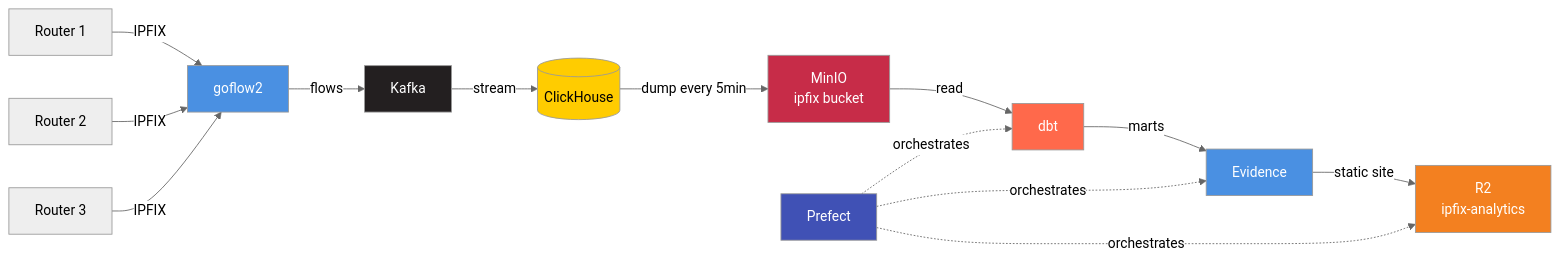
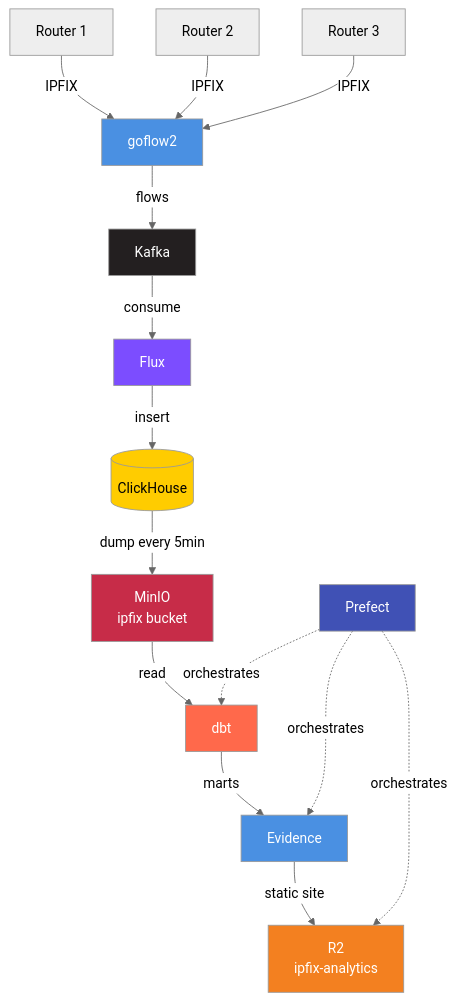
Before and after one commit to noroutine/ipfix-analytics: the diagram in README.md, drawn with Mermaid (neutral theme).

Commit message:
vertical diagram

````diff
--- a/README.md
+++ b/README.md
@@ -7,28 +7,30 @@
 ```mermaid
-graph LR
+graph TD
     RT1[Router 1] -->|IPFIX| GF[goflow2]
     RT2[Router 2] -->|IPFIX| GF
     RT3[Router 3] -->|IPFIX| GF
 
     GF -->|flows| K[Kafka]
-    K -->|stream| CH[(ClickHouse)]
+    K -->|consume| FX[Flux]
+    FX -->|insert| CH[(ClickHouse)]
 
     CH -->|dump every 5min| M["MinIO<br/>ipfix bucket"]
     M -->|read| DBT[dbt]
 
     DBT -->|marts| EV[Evidence]
     EV -->|static site| R2["R2<br/>ipfix-analytics"]
 
     P[Prefect] -.->|orchestrates| DBT
     P -.->|orchestrates| EV
     P -.->|orchestrates| R2
 
     style GF fill:#4a90e2,color:#fff
     style K fill:#231f20,color:#fff
+    style FX fill:#7c4dff,color:#fff
     style CH fill:#fc0,color:#000
     style M fill:#c72c48,color:#fff
     style DBT fill:#ff694b,color:#fff
     style EV fill:#4a90e2,color:#fff
     style R2 fill:#f38020,color:#fff
     style P fill:#4051b5,color:#fff
 ```
````
